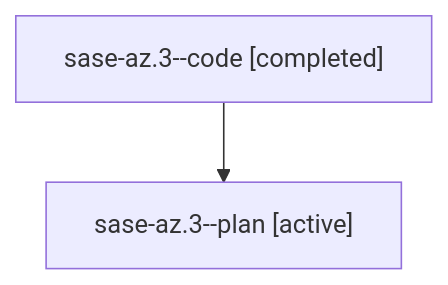
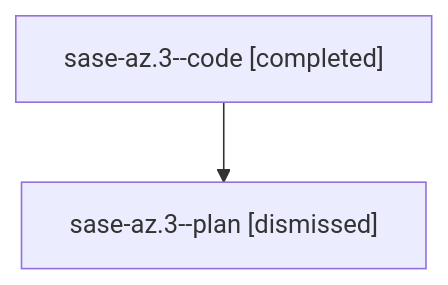
Before and after one commit to sase-org/sase--agents: the diagram in sessions/bbugyi200.athena.sase-az.3.md, drawn with Mermaid. The commit also changed other lines of this file and 88 other files, not shown here.

````diff
--- a/sessions/bbugyi200.athena.sase-az.3.md
+++ b/sessions/bbugyi200.athena.sase-az.3.md
@@ -9,6 +9,6 @@
 ```mermaid
 flowchart TD
   n0["sase-az.3--code [completed]"]
-  n1["sase-az.3--plan [active]"]
+  n1["sase-az.3--plan [dismissed]"]
   n0 --> n1
 ```
````
